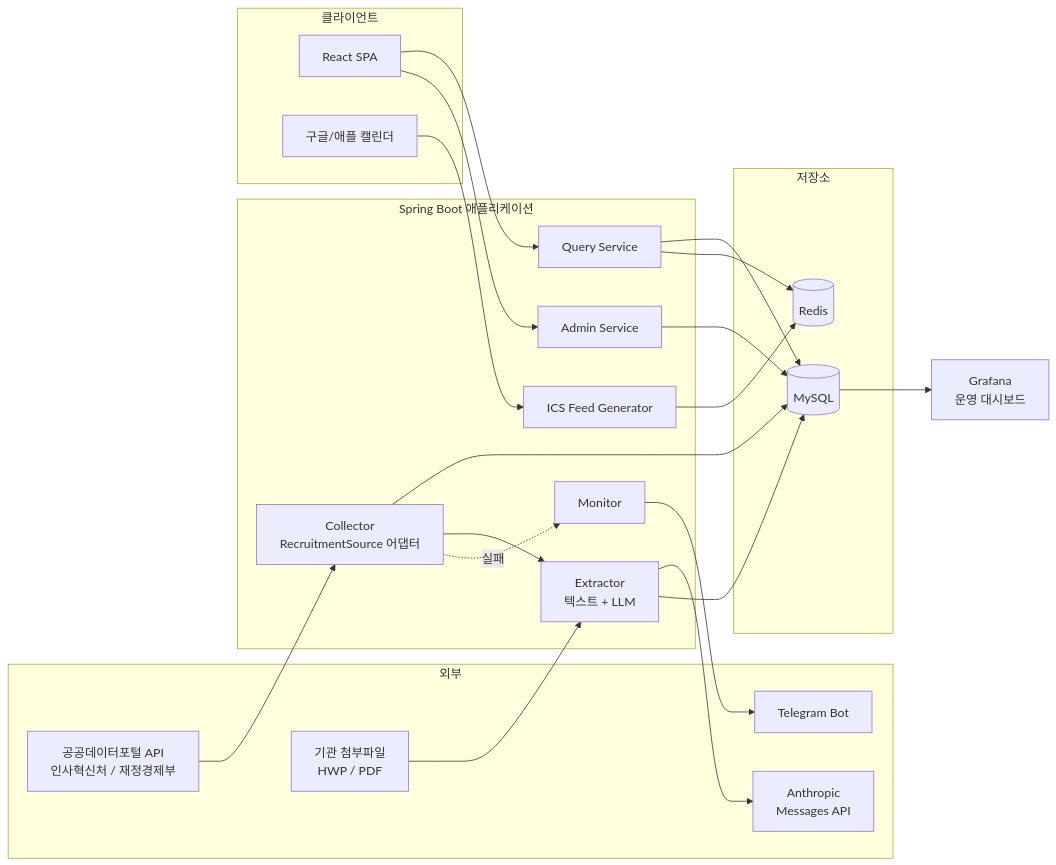
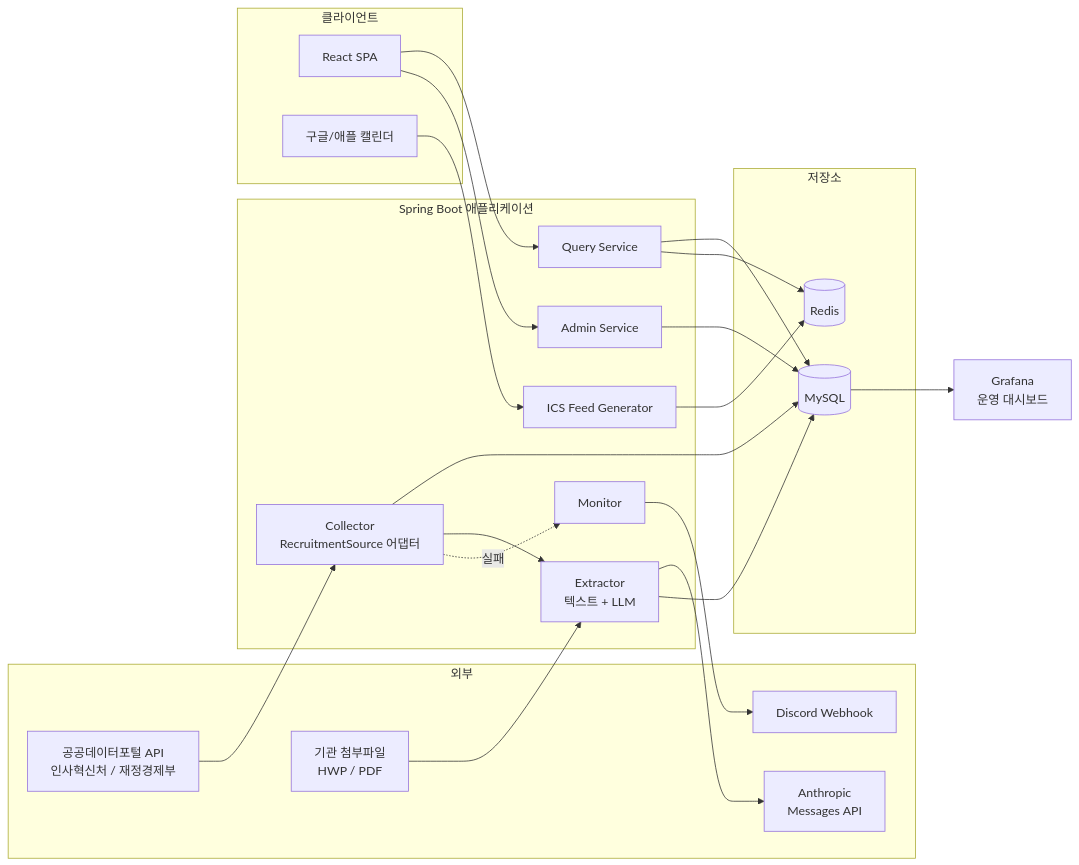
One commit to moonyaejin/gonggomoa changed the first of 5 diagrams in docs/04-architecture.md. Above: the diagram before and after it, drawn with Mermaid. The commit also changed other lines of this file and 15 other files, not shown here.

````diff
--- a/docs/04-architecture.md
+++ b/docs/04-architecture.md
@@ -5,47 +5,47 @@
 ```mermaid
 flowchart LR
   subgraph EXT[외부]
     API[공공데이터포털 API<br/>인사혁신처 / 재정경제부]
     FILE[기관 첨부파일<br/>HWP / PDF]
     LLM[Anthropic<br/>Messages API]
-    TG[Telegram Bot]
+    DC[Discord Webhook]
   end
 
   subgraph APP[Spring Boot 애플리케이션]
     COL[Collector<br/>RecruitmentSource 어댑터]
     EXT2[Extractor<br/>텍스트 + LLM]
     QRY[Query Service]
     ADM[Admin Service]
     ICS[ICS Feed Generator]
     MON[Monitor]
   end
 
   subgraph DATA[저장소]
     DB[(MySQL)]
     RD[(Redis)]
   end
 
   GF[Grafana<br/>운영 대시보드]
 
   subgraph CLI[클라이언트]
     WEB[React SPA]
     CAL[구글/애플 캘린더]
   end
 
   API --> COL
   FILE --> EXT2
   COL --> DB
   COL --> EXT2
   EXT2 --> LLM
   EXT2 --> DB
   ADM --> DB
   QRY --> DB
   QRY --> RD
   ICS --> RD
-  MON --> TG
+  MON --> DC
   COL -.실패.-> MON
   WEB --> QRY
   WEB --> ADM
   CAL --> ICS
   DB --> GF
 ```
````
